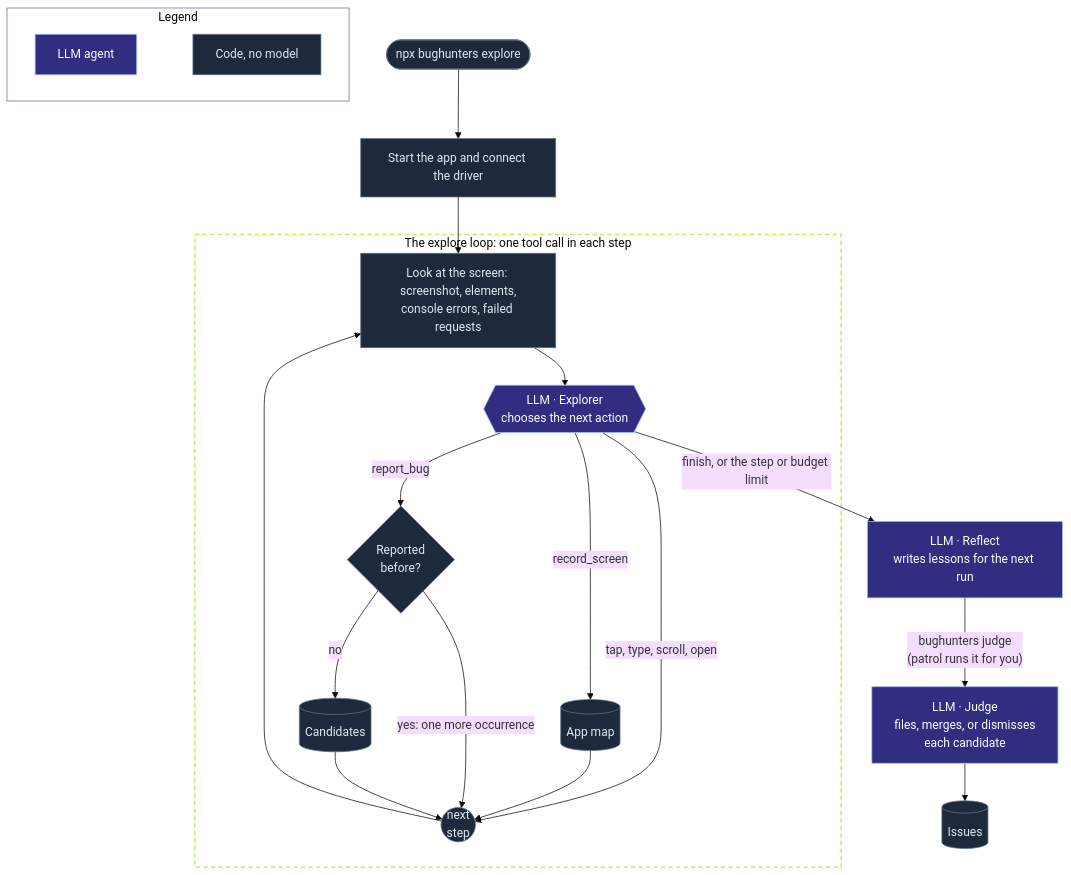
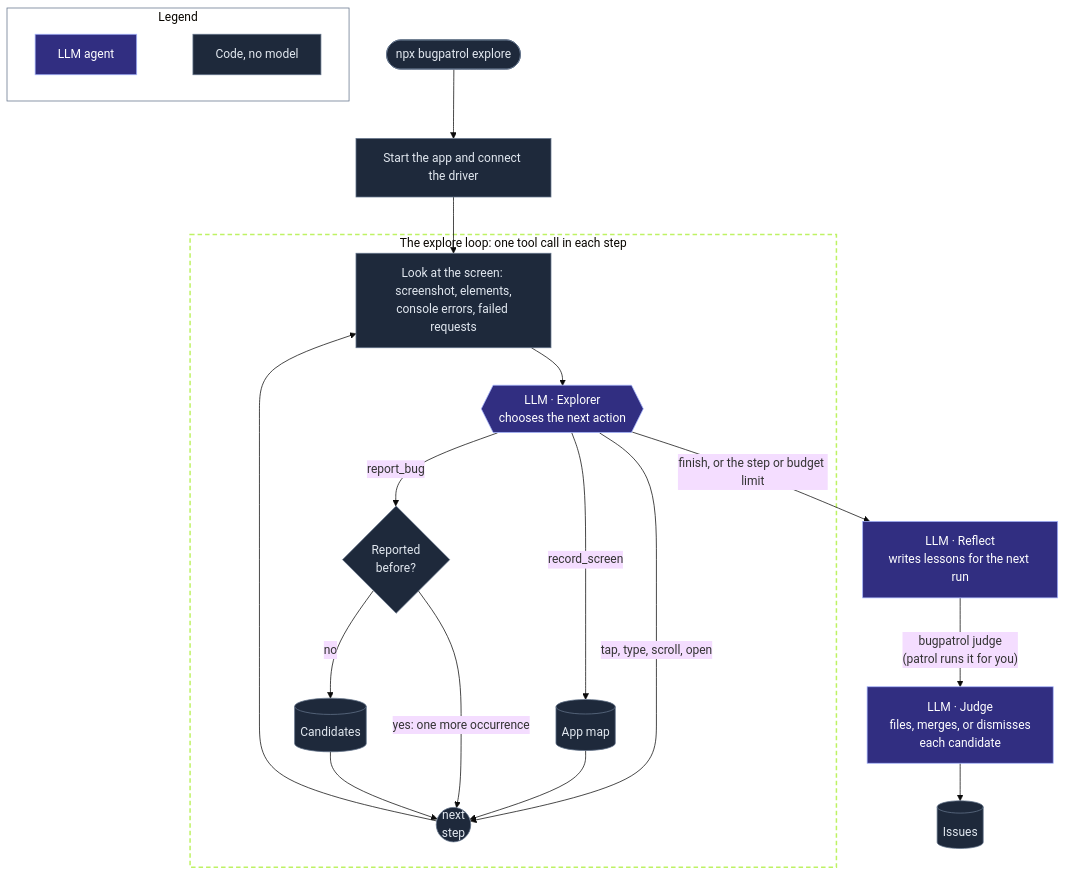
The diagram in docs/how-it-works.md (agent-labs-dev/bughunters), drawn with Mermaid (base theme) before and after one commit. The commit also changed other lines of this file and 209 other files, not shown here.

First line of the commit message:
feat: rename Bughunters to Bugpatrol (#41)

````diff
--- a/docs/how-it-works.md
+++ b/docs/how-it-works.md
@@ -28,35 +28,35 @@
 ```mermaid
 flowchart TD
-  start(["npx bughunters explore"]) --> setup["Start the app and connect the driver"]
+  start(["npx bugpatrol explore"]) --> setup["Start the app and connect the driver"]
   setup --> look
 
   subgraph loop ["The explore loop: one tool call in each step"]
     look["Look at the screen: screenshot, elements,<br/>console errors, failed requests"] --> act{{"LLM · Explorer<br/>chooses the next action"}}
     act -->|"tap, type, scroll, open"| next
     act -->|"record_screen"| map[("App map")]
     act -->|"report_bug"| seen{"Reported<br/>before?"}
     map --> next
     seen -->|"yes: one more occurrence"| next
     seen -->|"no"| cand[("Candidates")]
     cand --> next(("next<br/>step"))
     next --> look
   end
 
   act -->|"finish, or the step or budget limit"| reflect["LLM · Reflect<br/>writes lessons for the next run"]
-  reflect -->|"bughunters judge<br/>(patrol runs it for you)"| judge["LLM · Judge<br/>files, merges, or dismisses<br/>each candidate"]
+  reflect -->|"bugpatrol judge<br/>(patrol runs it for you)"| judge["LLM · Judge<br/>files, merges, or dismisses<br/>each candidate"]
   judge --> issues[("Issues")]
 
   subgraph legend ["Legend"]
     direction LR
     l1["LLM agent"]
     l3["Code, no model"]
     l1 ~~~ l3
   end
 
   classDef llm fill:#312e81,stroke:#a5b4fc,color:#ffffff
   classDef code fill:#1e293b,stroke:#64748b,color:#e2e8f0
   class act,reflect,judge,l1 llm
   class start,setup,look,map,seen,cand,issues,next,l3 code
   style loop fill:transparent,stroke:#bef264,stroke-width:2px,stroke-dasharray:6 4
   style legend fill:transparent,stroke:#64748b
 ```
````
